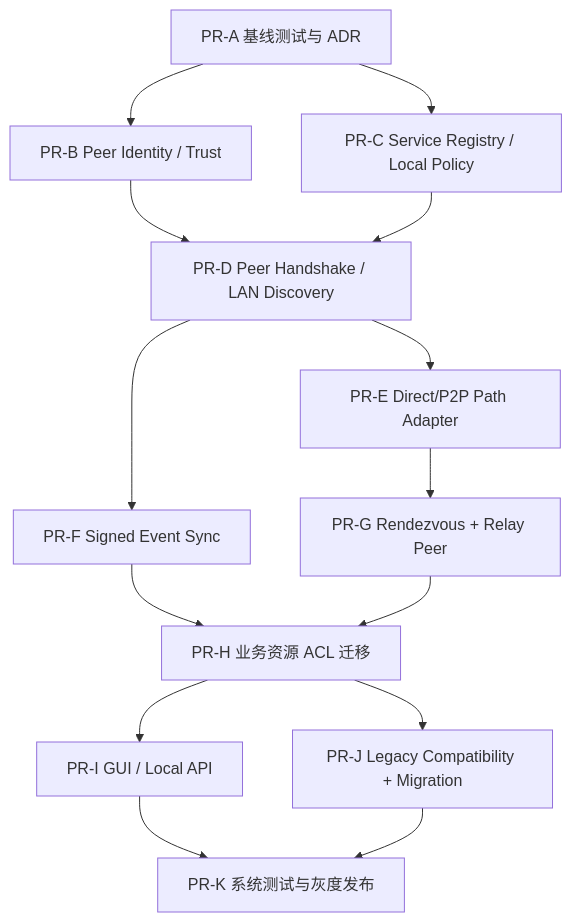
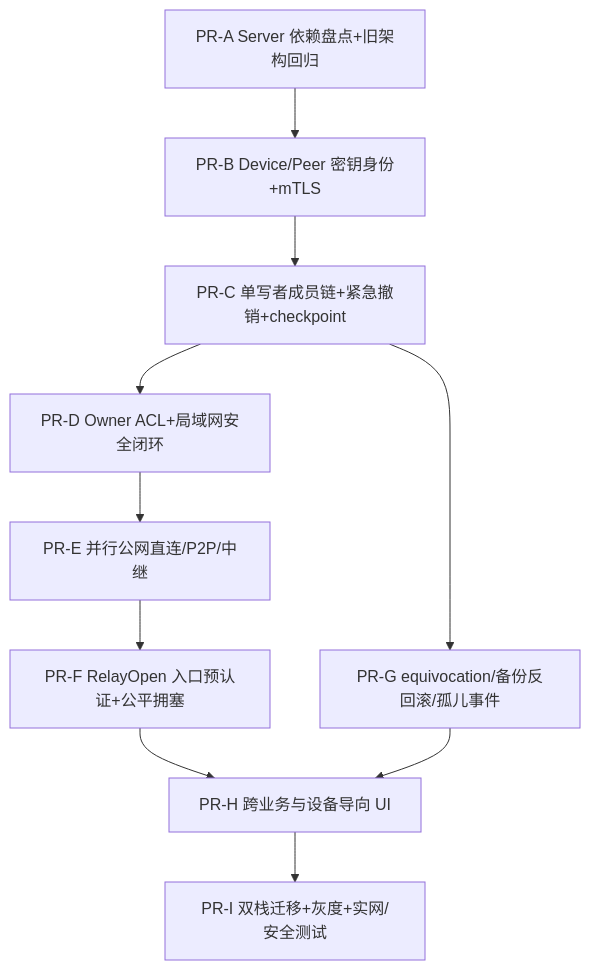
One commit to timwai/RelayProxy changed the eighth of 8 diagrams in docs/relayproxy-decentralized-peer-mesh-design.md. Above: the diagram before and after it, drawn with Mermaid. The commit also changed other lines of this file, not shown here.

Commit message:
docs(mesh): update full architecture proposal to v1.2 after reviews

````diff
--- a/docs/relayproxy-decentralized-peer-mesh-design.md
+++ b/docs/relayproxy-decentralized-peer-mesh-design.md
@@ -1077,16 +1228,12 @@
 ```mermaid
 flowchart TD
-  A[PR-A 基线测试与 ADR] --> B[PR-B Peer Identity / Trust]
-  A --> C[PR-C Service Registry / Local Policy]
-  B --> D[PR-D Peer Handshake / LAN Discovery]
-  C --> D
-  D --> E[PR-E Direct/P2P Path Adapter]
-  D --> F[PR-F Signed Event Sync]
-  E --> G[PR-G Rendezvous + Relay Peer]
-  F --> H[PR-H 业务资源 ACL 迁移]
+  A[PR-A Server 依赖盘点+旧架构回归] --> B[PR-B Device/Peer 密钥身份+mTLS]
+  B --> C[PR-C 单写者成员链+紧急撤销+checkpoint]
+  C --> D[PR-D Owner ACL+局域网安全闭环]
+  D --> E[PR-E 并行公网直连/P2P/中继]
+  E --> F[PR-F RelayOpen 入口预认证+公平拥塞]
+  C --> G[PR-G equivocation/备份反回滚/孤儿事件]
+  F --> H[PR-H 跨业务与设备导向 UI]
   G --> H
-  H --> I[PR-I GUI / Local API]
-  H --> J[PR-J Legacy Compatibility + Migration]
-  I --> K[PR-K 系统测试与灰度发布]
-  J --> K
+  H --> I[PR-I 双栈迁移+灰度+实网/安全测试]
 ```
````
